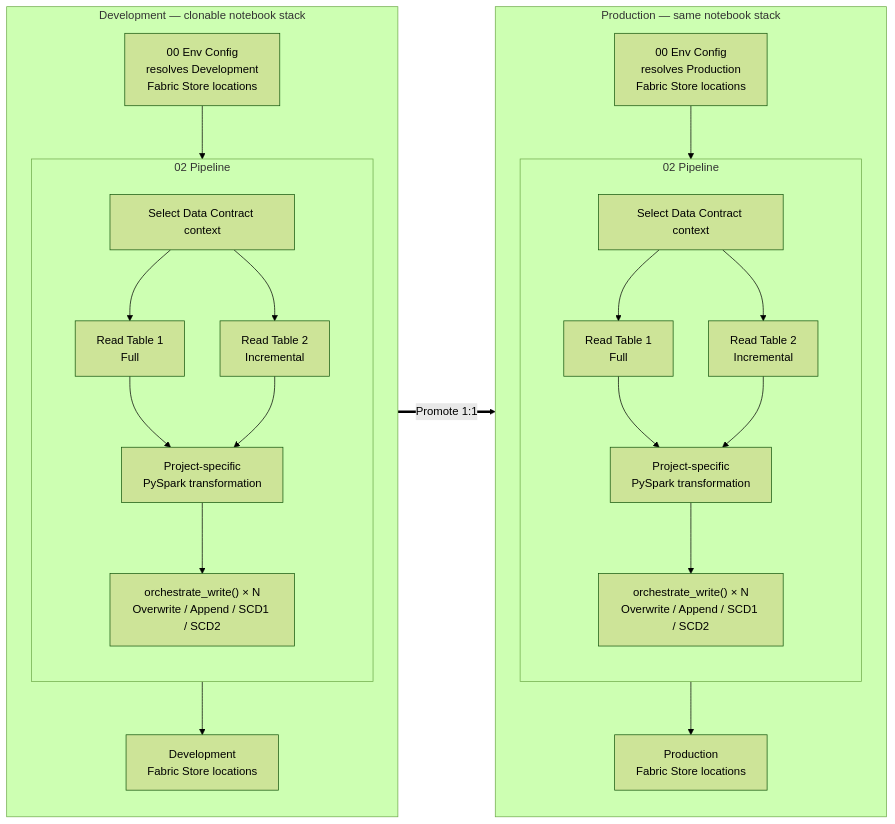
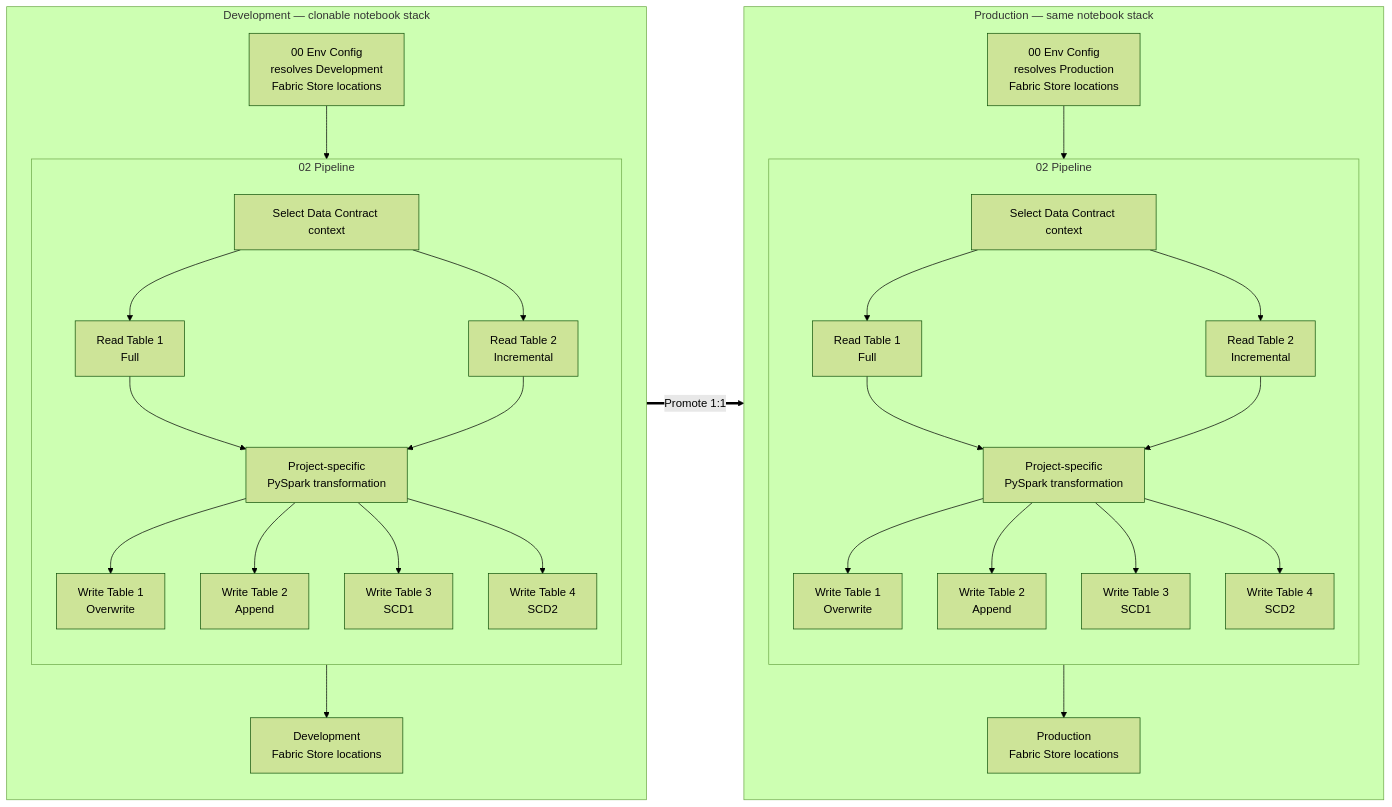
The first of 2 diagrams in docs/solutions/plug-and-play-data-pipelines.md (Voycepeh/FabricOps-Starter-Kit), drawn with Mermaid (forest theme) before and after one commit.

Commit message:
docs: show pipeline write modes as tables

````diff
--- a/docs/solutions/plug-and-play-data-pipelines.md
+++ b/docs/solutions/plug-and-play-data-pipelines.md
@@ -26,40 +26,52 @@
 ```mermaid
 flowchart LR
     subgraph DEV["Development — clonable notebook stack"]
         direction TB
         DEV_ENV["00 Env Config<br/>resolves Development<br/>Fabric Store locations"]
         subgraph DEV_PIPE["02 Pipeline"]
             direction TB
             DEV_CONTRACT["Select Data Contract context"]
             DEV_READ_FULL["Read Table 1<br/>Full"]
             DEV_READ_INC["Read Table 2<br/>Incremental"]
             DEV_TRANSFORM["Project-specific<br/>PySpark transformation"]
-            DEV_WRITE["orchestrate_write() × N<br/>Overwrite / Append / SCD1 / SCD2"]
+            DEV_WRITE_OVERWRITE["Write Table 1<br/>Overwrite"]
+            DEV_WRITE_APPEND["Write Table 2<br/>Append"]
+            DEV_WRITE_SCD1["Write Table 3<br/>SCD1"]
+            DEV_WRITE_SCD2["Write Table 4<br/>SCD2"]
             DEV_CONTRACT --> DEV_READ_FULL --> DEV_TRANSFORM
             DEV_CONTRACT --> DEV_READ_INC --> DEV_TRANSFORM
-            DEV_TRANSFORM --> DEV_WRITE
+            DEV_TRANSFORM --> DEV_WRITE_OVERWRITE
+            DEV_TRANSFORM --> DEV_WRITE_APPEND
+            DEV_TRANSFORM --> DEV_WRITE_SCD1
+            DEV_TRANSFORM --> DEV_WRITE_SCD2
         end
         DEV_ENV --> DEV_PIPE
         DEV_PIPE --> DEV_RES["Development<br/>Fabric Store locations"]
     end
 
     subgraph PROD["Production — same notebook stack"]
         direction TB
         PROD_ENV["00 Env Config<br/>resolves Production<br/>Fabric Store locations"]
         subgraph PROD_PIPE["02 Pipeline"]
             direction TB
             PROD_CONTRACT["Select Data Contract context"]
             PROD_READ_FULL["Read Table 1<br/>Full"]
             PROD_READ_INC["Read Table 2<br/>Incremental"]
             PROD_TRANSFORM["Project-specific<br/>PySpark transformation"]
-            PROD_WRITE["orchestrate_write() × N<br/>Overwrite / Append / SCD1 / SCD2"]
+            PROD_WRITE_OVERWRITE["Write Table 1<br/>Overwrite"]
+            PROD_WRITE_APPEND["Write Table 2<br/>Append"]
+            PROD_WRITE_SCD1["Write Table 3<br/>SCD1"]
+            PROD_WRITE_SCD2["Write Table 4<br/>SCD2"]
             PROD_CONTRACT --> PROD_READ_FULL --> PROD_TRANSFORM
             PROD_CONTRACT --> PROD_READ_INC --> PROD_TRANSFORM
-            PROD_TRANSFORM --> PROD_WRITE
+            PROD_TRANSFORM --> PROD_WRITE_OVERWRITE
+            PROD_TRANSFORM --> PROD_WRITE_APPEND
+            PROD_TRANSFORM --> PROD_WRITE_SCD1
+            PROD_TRANSFORM --> PROD_WRITE_SCD2
         end
         PROD_ENV --> PROD_PIPE
         PROD_PIPE --> PROD_RES["Production<br/>Fabric Store locations"]
     end
 
     DEV ==>|"Promote 1:1"| PROD
 ```
````
